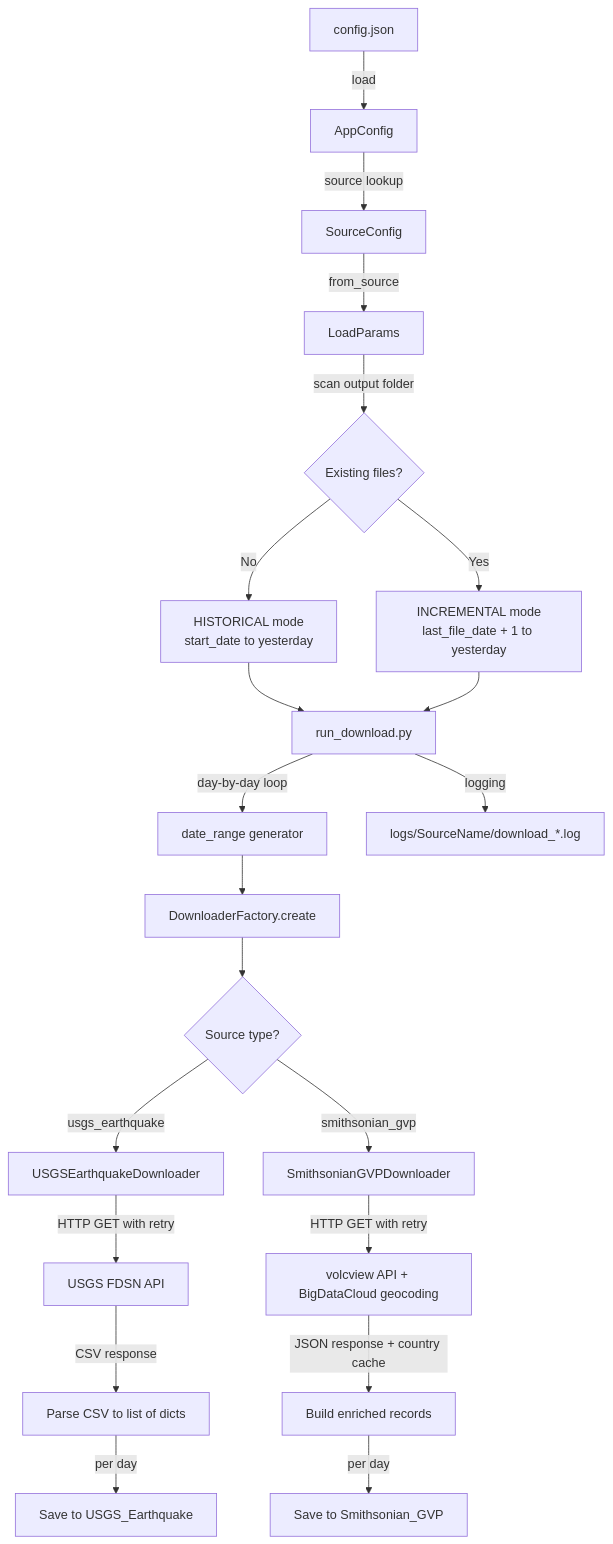
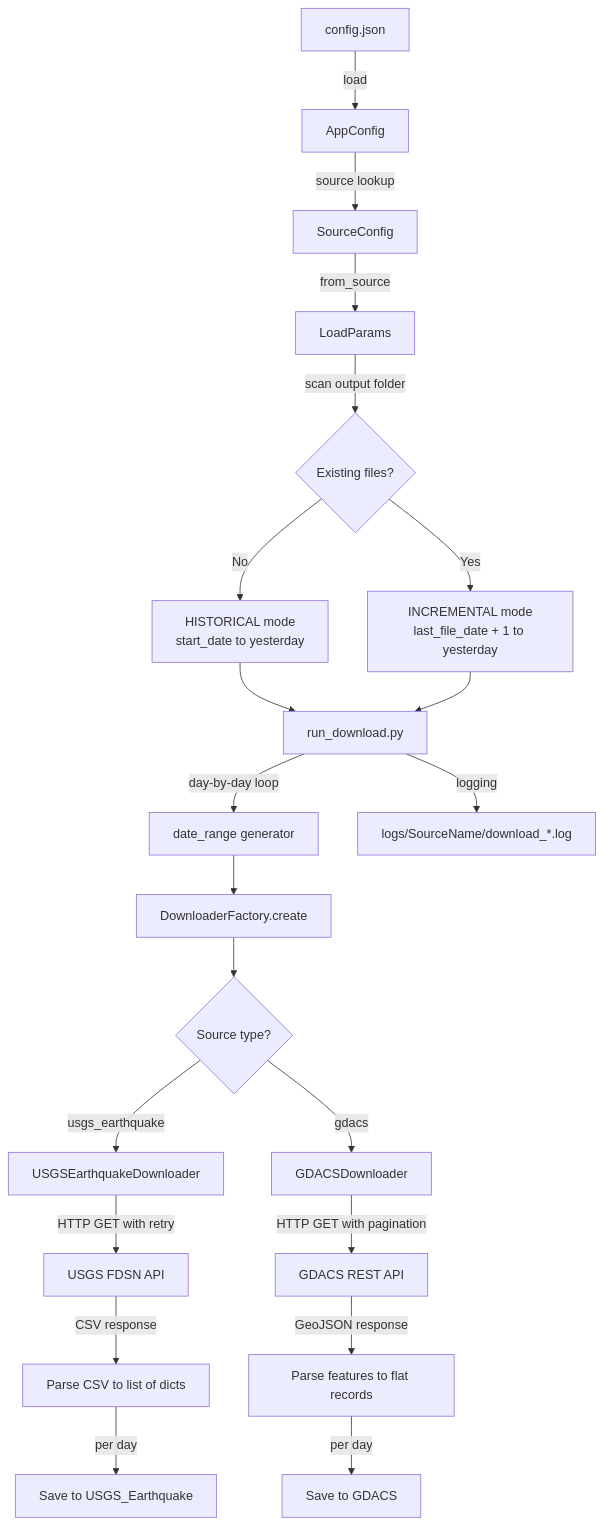
Before and after one commit to kaluzny1995/GEO_Download: the diagram in README.md, drawn with Mermaid. The commit also changed other lines of this file and 9 other files, not shown here.

````diff
--- a/README.md
+++ b/README.md
@@ -223,23 +227,23 @@
 ```mermaid
 flowchart TD
     A[config.json] -->|load| B[AppConfig]
     B -->|source lookup| C[SourceConfig]
     C -->|from_source| D[LoadParams]
     D -->|scan output folder| E{Existing files?}
     E -->|No| F[HISTORICAL mode<br/>start_date to yesterday]
     E -->|Yes| G[INCREMENTAL mode<br/>last_file_date + 1 to yesterday]
     F --> H[run_download.py]
     G --> H
     H -->|day-by-day loop| I[date_range generator]
     I --> J[DownloaderFactory.create]
     J --> K{Source type?}
     K -->|usgs_earthquake| L[USGSEarthquakeDownloader]
-    K -->|smithsonian_gvp| M[SmithsonianGVPDownloader]
+    K -->|gdacs| M[GDACSDownloader]
     L -->|HTTP GET with retry| N[USGS FDSN API]
-    M -->|HTTP GET with retry| O[volcview API + BigDataCloud geocoding]
+    M -->|HTTP GET with pagination| O[GDACS REST API]
     N -->|CSV response| P[Parse CSV to list of dicts]
-    O -->|JSON response + country cache| Q[Build enriched records]
+    O -->|GeoJSON response| Q[Parse features to flat records]
     P -->|per day| R[Save to USGS_Earthquake]
-    Q -->|per day| S[Save to Smithsonian_GVP]
+    Q -->|per day| S[Save to GDACS]
     H -->|logging| T[logs/SourceName/download_*.log]
 ```
````
